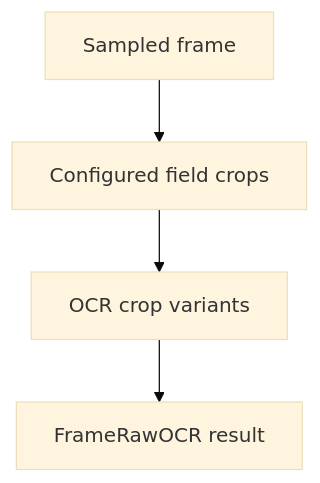
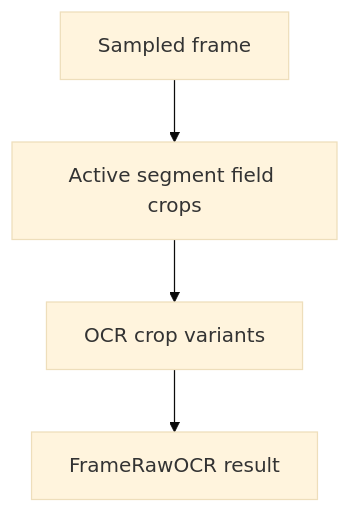
The third of 4 diagrams in docs/internal/pipeline.md (massimopiazza/webcalyzer), drawn with Mermaid (base theme) before and after one commit. The commit also changed other lines of this file and 49 other files, not shown here.

````diff
--- a/docs/internal/pipeline.md
+++ b/docs/internal/pipeline.md
@@ -87,9 +87,9 @@
 ```mermaid
 flowchart TD
   frame["Sampled frame"]
-  crops["Configured field crops"]
+  crops["Active segment field crops"]
   variants["OCR crop variants"]
   result["FrameRawOCR result"]
 
   frame --> crops --> variants --> result
 ```
````
